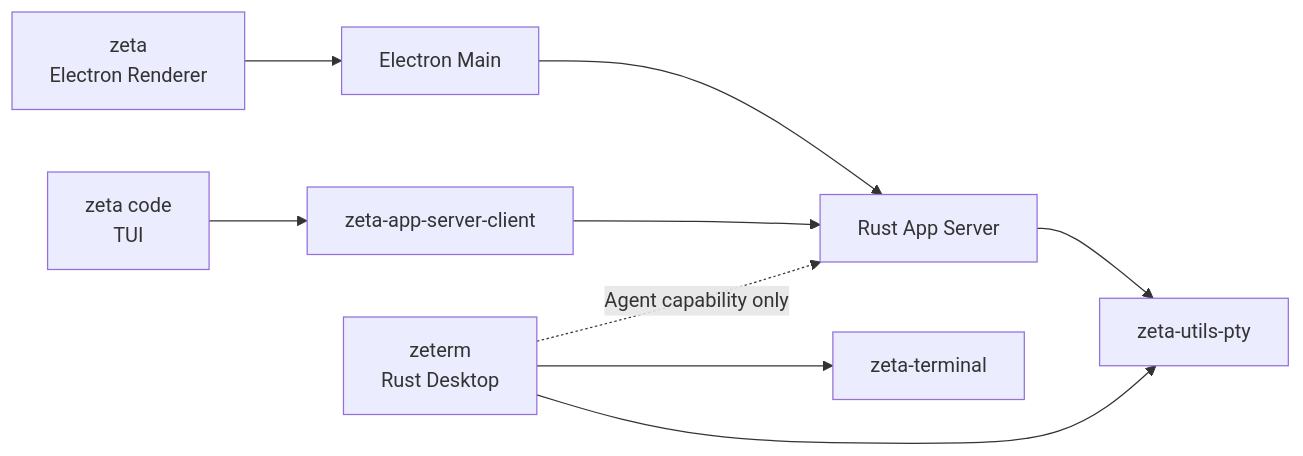
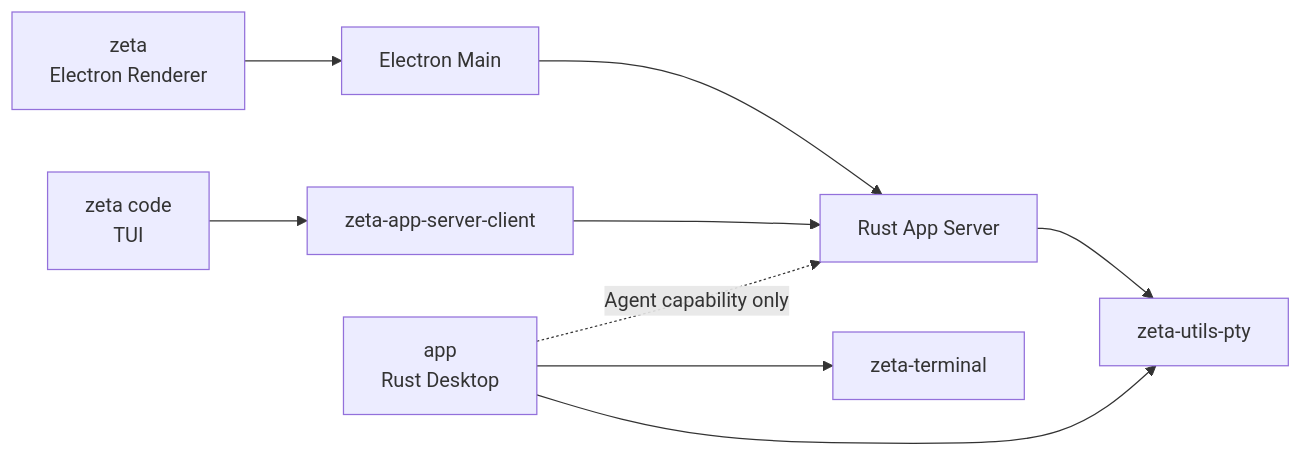
The diagram in docs/product-lines.md (chogng/zeta), drawn with Mermaid before and after one commit. The commit also changed other lines of this file and 895 other files, not shown here.

First line of the commit message:
refactor!: rename zeterm product to app

````diff
--- a/docs/product-lines.md
+++ b/docs/product-lines.md
@@ -25,11 +25,11 @@
 ```mermaid
 flowchart LR
     Code["zeta code\nTUI"] --> Client["zeta-app-server-client"]
     Desktop["zeta\nElectron Renderer"] --> Main["Electron Main"]
     Main --> Server["Rust App Server"]
     Client --> Server
     Server --> Pty["zeta-utils-pty"]
-    Term["zeterm\nRust Desktop"] --> Core["zeta-terminal"]
+    Term["app\nRust Desktop"] --> Core["zeta-terminal"]
     Term --> Pty
     Term -. "Agent capability only" .-> Server
 ```
````
